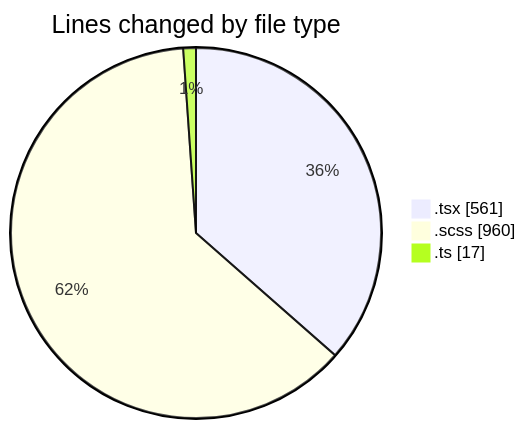
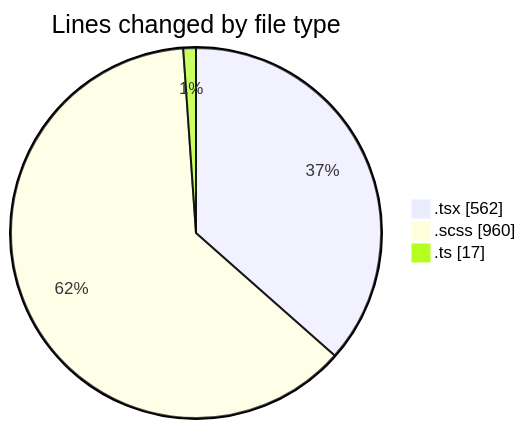
One commit to momahboobian/code-tracking changed the first of 2 diagrams in 2025-09-19/cda/README.md. Above: the diagram before and after it, drawn with Mermaid. The commit also changed other lines of this file and 1 other file, not shown here.

````diff
--- a/2025-09-19/cda/README.md
+++ b/2025-09-19/cda/README.md
@@ -23,7 +23,7 @@
 ```mermaid
 pie showData
 title Lines changed by file type
-".tsx" : 561
+".tsx" : 562
 ".scss" : 960
 ".ts" : 17
 ```
````
